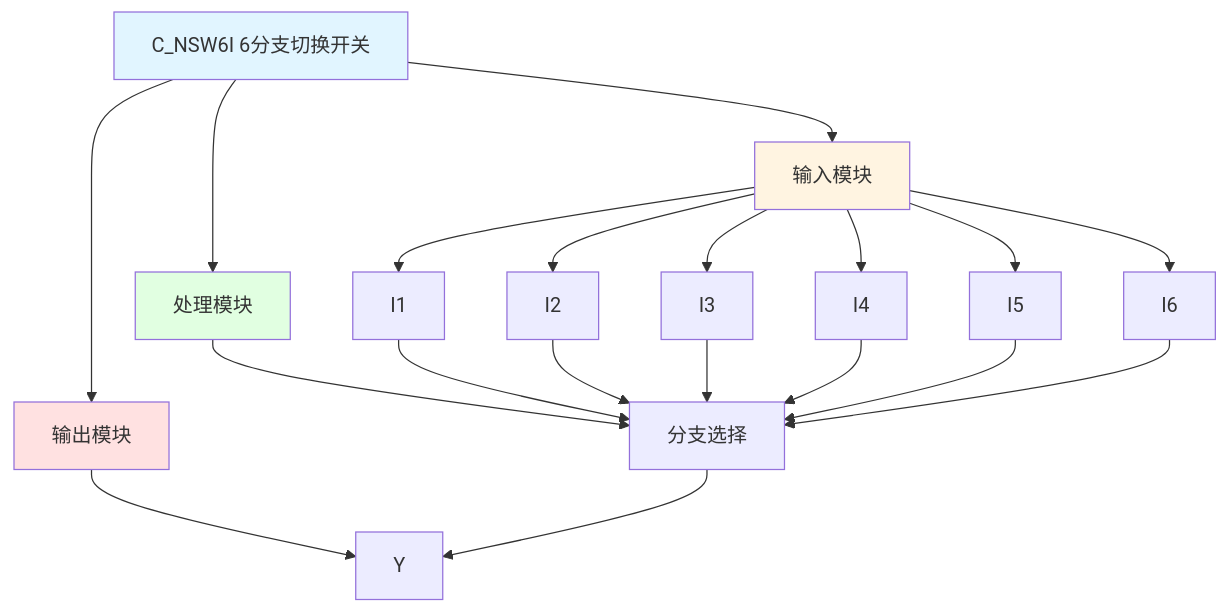
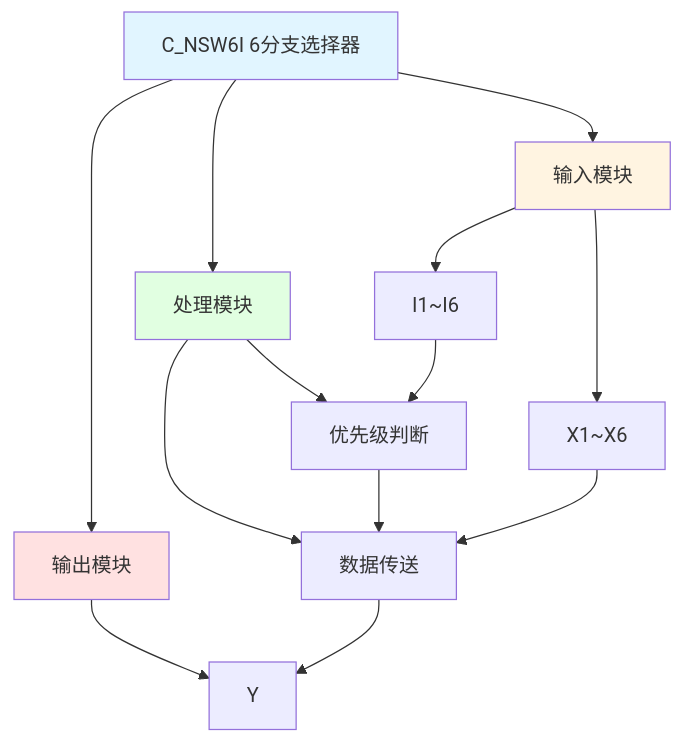
Before and after one commit to dlgt6/c: the diagram in C_NSW6I_分析报告.md, drawn with Mermaid. The commit also changed other lines of this file and 46 other files, not shown here.

````diff
--- a/C_NSW6I_分析报告.md
+++ b/C_NSW6I_分析报告.md
@@ -19,30 +32,24 @@
 ```mermaid
 graph TD
-    A[C_NSW6I 6分支切换开关] --> B[输入模块]
+    A[C_NSW6I 6分支选择器] --> B[输入模块]
     A --> C[处理模块]
     A --> D[输出模块]
     
-    B --> B1[I1]
-    B --> B2[I2]
-    B --> B3[I3]
-    B --> B4[I4]
-    B --> B5[I5]
-    B --> B6[I6]
+    B --> B1[X1~X6]
+    B --> B2[I1~I6]
     
-    C --> C1[分支选择]
+    C --> C1[优先级判断]
+    C --> C2[数据传送]
     
     D --> D1[Y]
     
-    B1 --> C1
     B2 --> C1
-    B3 --> C1
-    B4 --> C1
-    B5 --> C1
-    B6 --> C1
-    C1 --> D1
+    C1 --> C2
+    B1 --> C2
+    C2 --> D1
     
     style A fill:#e1f5ff
     style B fill:#fff4e1
     style C fill:#e1ffe1
     style D fill:#ffe1e1
 ```
````
